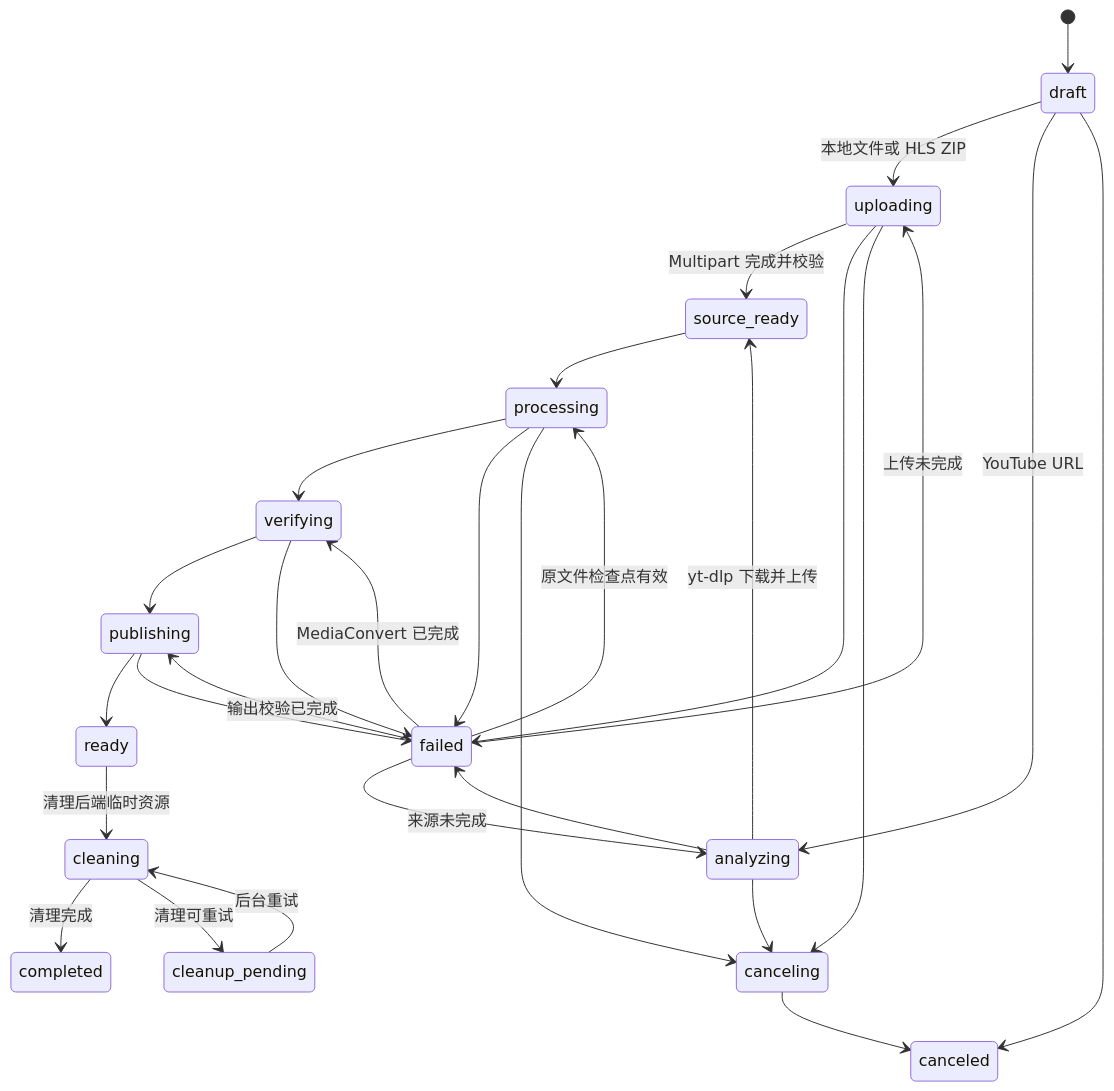
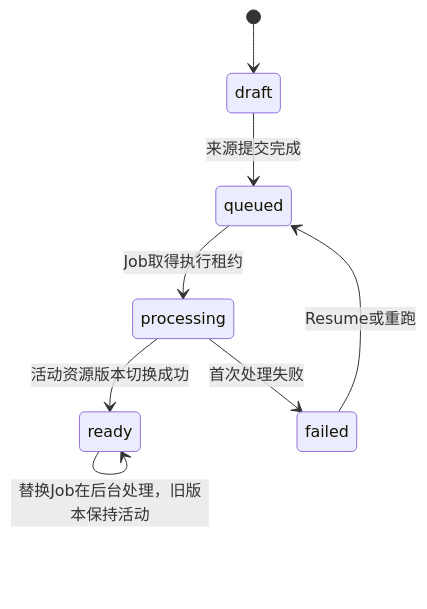
Before and after one commit to caoyjie/mediacms: the third of 24 diagrams in docs/superpowers/specs/2026-08-01-aws-backend-integration-design.md, drawn with Mermaid. The commit also changed other lines of this file, not shown here.

Commit message:
docs: refine MediaCMS AWS integration states

````diff
--- a/docs/superpowers/specs/2026-08-01-aws-backend-integration-design.md
+++ b/docs/superpowers/specs/2026-08-01-aws-backend-integration-design.md
@@ -190,34 +209,10 @@
 ```mermaid
 stateDiagram-v2
     [*] --> draft
-    draft --> uploading: 本地文件或 HLS ZIP
-    draft --> analyzing: YouTube URL
-    uploading --> source_ready: Multipart 完成并校验
-    analyzing --> source_ready: yt-dlp 下载并上传
-    source_ready --> processing
-    processing --> verifying
-    verifying --> publishing
-    publishing --> ready
-    ready --> cleaning: 清理后端临时资源
-    cleaning --> completed: 清理完成
-    cleaning --> cleanup_pending: 清理可重试
-    cleanup_pending --> cleaning: 后台重试
-
-    uploading --> failed
-    analyzing --> failed
-    processing --> failed
-    verifying --> failed
-    publishing --> failed
-
-    failed --> uploading: 上传未完成
-    failed --> analyzing: 来源未完成
-    failed --> processing: 原文件检查点有效
-    failed --> verifying: MediaConvert 已完成
-    failed --> publishing: 输出校验已完成
-
-    draft --> canceled
-    uploading --> canceling
-    analyzing --> canceling
-    processing --> canceling
-    canceling --> canceled
+    draft --> queued: 来源提交完成
+    queued --> processing: Job取得执行租约
+    processing --> ready: 活动资源版本切换成功
+    processing --> failed: 首次处理失败
+    failed --> queued: Resume或重跑
+    ready --> ready: 替换Job在后台处理，旧版本保持活动
 ```
````
